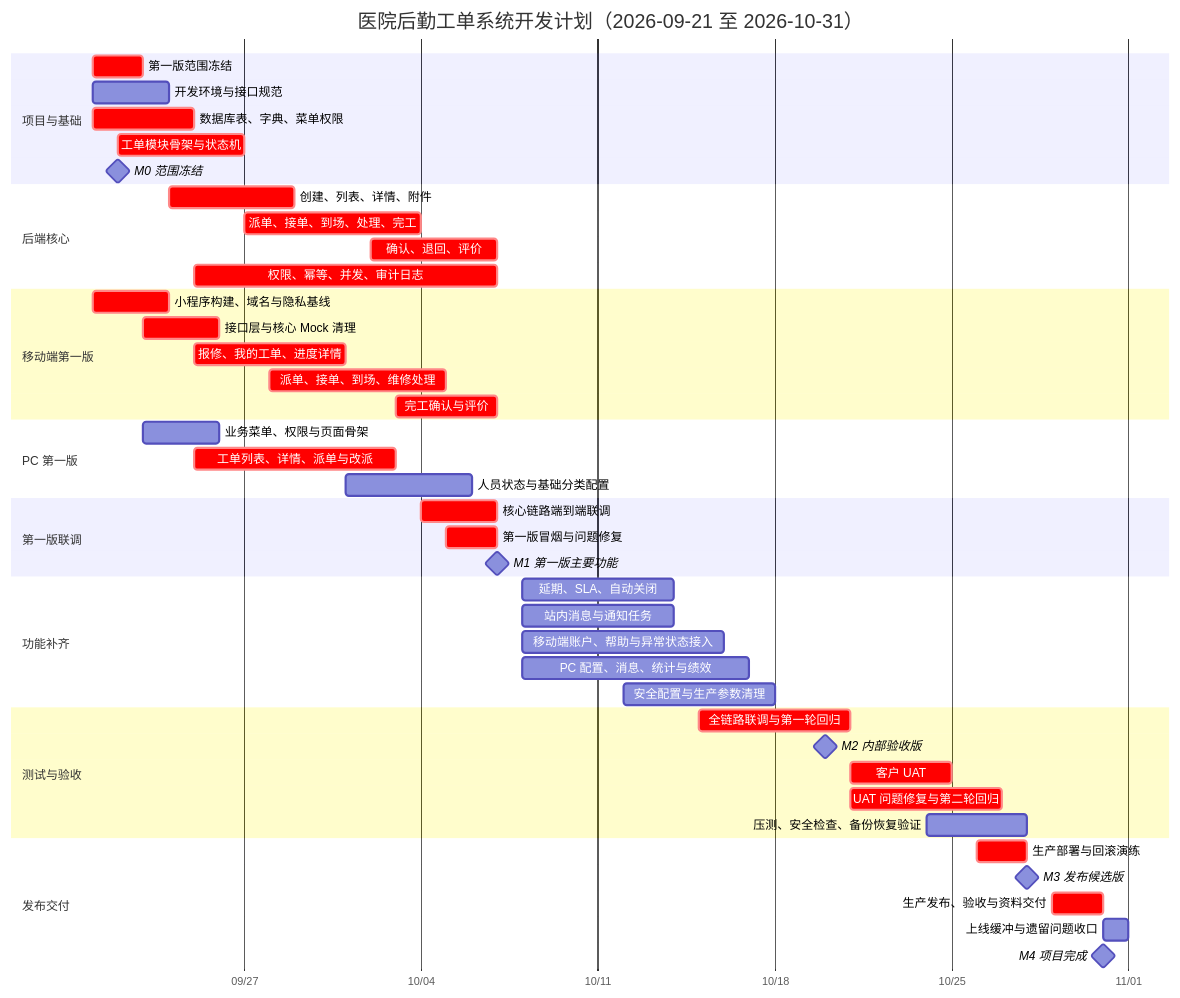
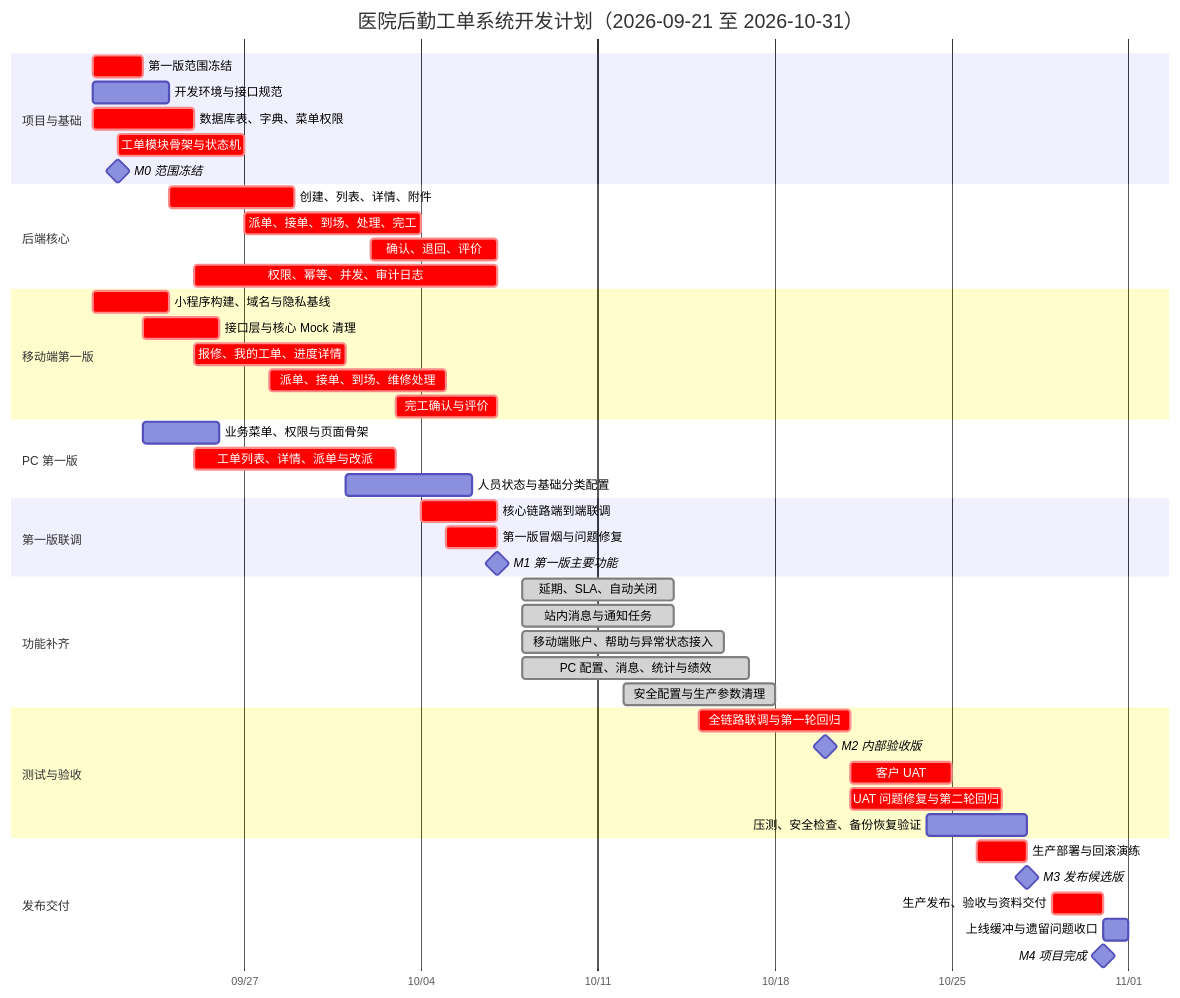
One commit to xieshen184/workOrder changed the diagram in docs/04-项目计划/项目开发计划与甘特图.md. Above: the diagram before and after it, drawn with Mermaid. The commit also changed other lines of this file and 175 other files, not shown here.

````diff
--- a/docs/04-项目计划/项目开发计划与甘特图.md
+++ b/docs/04-项目计划/项目开发计划与甘特图.md
@@ -28,57 +28,57 @@
 ```mermaid
 gantt
     title 医院后勤工单系统开发计划（2026-09-21 至 2026-10-31）
     dateFormat  YYYY-MM-DD
     axisFormat  %m/%d
 
     section 项目与基础
     第一版范围冻结                 :crit,a01,2026-09-21,2d
     开发环境与接口规范             :a02,2026-09-21,3d
     数据库表、字典、菜单权限         :crit,a03,2026-09-21,4d
     工单模块骨架与状态机             :crit,a04,2026-09-22,5d
     M0 范围冻结                    :milestone,m0,2026-09-22,0d
 
     section 后端核心
     创建、列表、详情、附件           :crit,b01,2026-09-24,5d
     派单、接单、到场、处理、完工      :crit,b02,2026-09-27,7d
     确认、退回、评价                 :crit,b03,2026-10-02,5d
     权限、幂等、并发、审计日志         :crit,b04,2026-09-25,12d
 
     section 移动端第一版
     小程序构建、域名与隐私基线         :crit,c00,2026-09-21,3d
     接口层与核心 Mock 清理            :crit,c01,2026-09-23,3d
     报修、我的工单、进度详情           :crit,c02,2026-09-25,6d
     派单、接单、到场、维修处理         :crit,c03,2026-09-28,7d
     完工确认与评价                   :crit,c04,2026-10-03,4d
 
     section PC 第一版
     业务菜单、权限与页面骨架           :d01,2026-09-23,3d
     工单列表、详情、派单与改派         :crit,d02,2026-09-25,8d
     人员状态与基础分类配置             :d03,2026-10-01,5d
 
     section 第一版联调
     核心链路端到端联调                :crit,e01,2026-10-04,3d
     第一版冒烟与问题修复              :crit,e02,2026-10-05,2d
     M1 第一版主要功能                :milestone,m1,2026-10-07,0d
 
     section 功能补齐
-    延期、SLA、自动关闭               :f01,2026-10-08,6d
-    站内消息与通知任务                :f02,2026-10-08,6d
-    移动端账户、帮助与异常状态接入      :f03,2026-10-08,8d
-    PC 配置、消息、统计与绩效           :f04,2026-10-08,9d
-    安全配置与生产参数清理             :f05,2026-10-12,6d
+    延期、SLA、自动关闭               :done,f01,2026-10-08,6d
+    站内消息与通知任务                :done,f02,2026-10-08,6d
+    移动端账户、帮助与异常状态接入      :done,f03,2026-10-08,8d
+    PC 配置、消息、统计与绩效           :done,f04,2026-10-08,9d
+    安全配置与生产参数清理             :done,f05,2026-10-12,6d
 
     section 测试与验收
     全链路联调与第一轮回归             :crit,g01,2026-10-15,6d
     M2 内部验收版                    :milestone,m2,2026-10-20,0d
     客户 UAT                        :crit,g02,2026-10-21,4d
     UAT 问题修复与第二轮回归           :crit,g03,2026-10-21,6d
     压测、安全检查、备份恢复验证         :g04,2026-10-24,4d
 
     section 发布交付
     生产部署与回滚演练                :crit,h01,2026-10-26,2d
     M3 发布候选版                    :milestone,m3,2026-10-28,0d
     生产发布、验收与资料交付            :crit,h02,2026-10-29,2d
     上线缓冲与遗留问题收口             :h03,2026-10-31,1d
     M4 项目完成                     :milestone,m4,2026-10-31,0d
 ```
````
